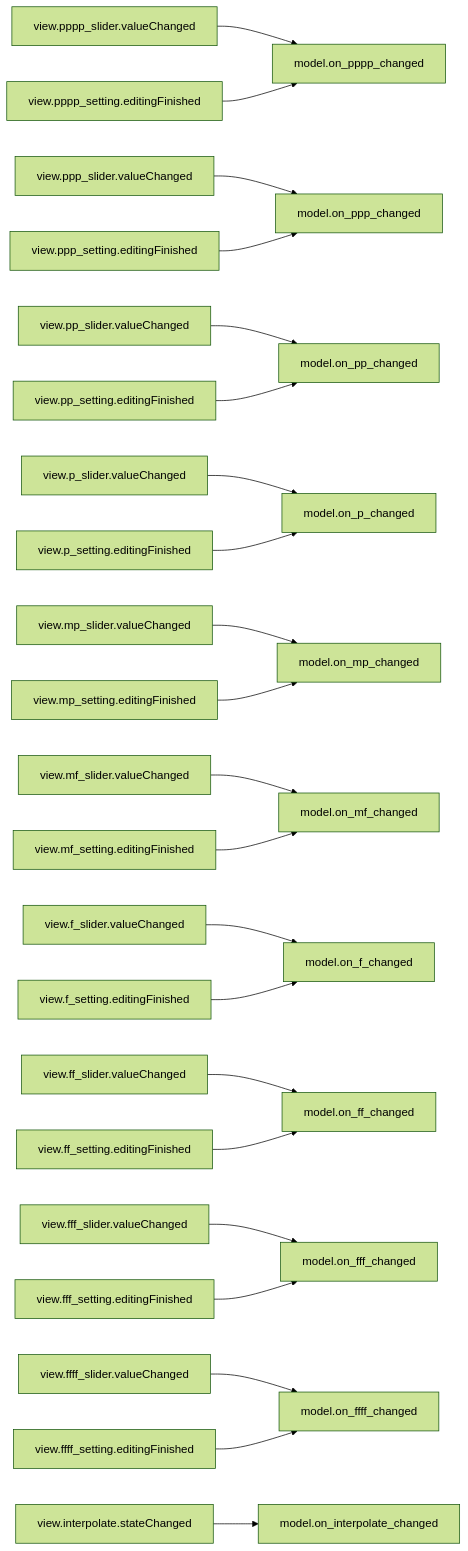
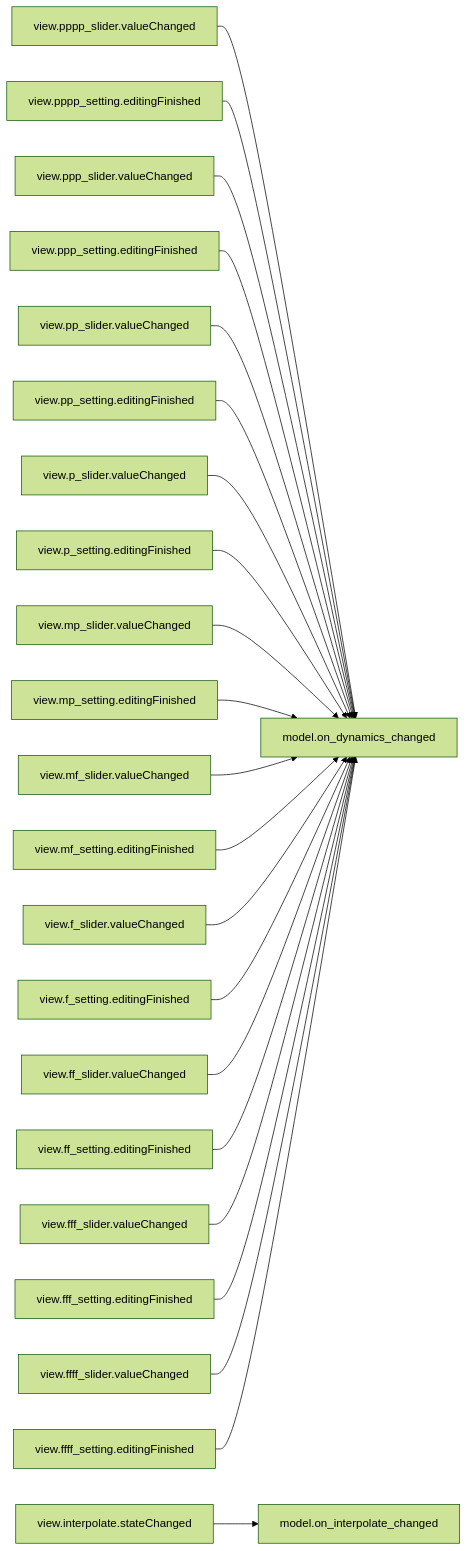
Before and after one commit to com-posers-pit/smw_music: the fourth of 8 diagrams in doc/source/dashboard_signal_slot_map.rst, drawn with Mermaid (forest theme). The commit also changed other lines of this file and 3 other files, not shown here.

```diff
--- a/doc/source/dashboard_signal_slot_map.rst
+++ b/doc/source/dashboard_signal_slot_map.rst
@@ -70,24 +70,24 @@
 .. mermaid::
 
    flowchart LR
-      view.pppp_slider.valueChanged --> model.on_pppp_changed
-      view.pppp_setting.editingFinished --> model.on_pppp_changed
-      view.ppp_slider.valueChanged --> model.on_ppp_changed
-      view.ppp_setting.editingFinished --> model.on_ppp_changed
-      view.pp_slider.valueChanged --> model.on_pp_changed
-      view.pp_setting.editingFinished --> model.on_pp_changed
-      view.p_slider.valueChanged --> model.on_p_changed
-      view.p_setting.editingFinished --> model.on_p_changed
-      view.mp_slider.valueChanged --> model.on_mp_changed
-      view.mp_setting.editingFinished --> model.on_mp_changed
-      view.mf_slider.valueChanged --> model.on_mf_changed
-      view.mf_setting.editingFinished --> model.on_mf_changed
-      view.f_slider.valueChanged --> model.on_f_changed
-      view.f_setting.editingFinished --> model.on_f_changed
-      view.ff_slider.valueChanged --> model.on_ff_changed
-      view.ff_setting.editingFinished --> model.on_ff_changed
-      view.fff_slider.valueChanged --> model.on_fff_changed
-      view.fff_setting.editingFinished --> model.on_fff_changed
-      view.ffff_slider.valueChanged --> model.on_ffff_changed
-      view.ffff_setting.editingFinished --> model.on_ffff_changed
+      view.pppp_slider.valueChanged --> model.on_dynamics_changed
+      view.pppp_setting.editingFinished --> model.on_dynamics_changed
+      view.ppp_slider.valueChanged --> model.on_dynamics_changed
+      view.ppp_setting.editingFinished --> model.on_dynamics_changed
+      view.pp_slider.valueChanged --> model.on_dynamics_changed
+      view.pp_setting.editingFinished --> model.on_dynamics_changed
+      view.p_slider.valueChanged --> model.on_dynamics_changed
+      view.p_setting.editingFinished --> model.on_dynamics_changed
+      view.mp_slider.valueChanged --> model.on_dynamics_changed
+      view.mp_setting.editingFinished --> model.on_dynamics_changed
+      view.mf_slider.valueChanged --> model.on_dynamics_changed
+      view.mf_setting.editingFinished --> model.on_dynamics_changed
+      view.f_slider.valueChanged --> model.on_dynamics_changed
+      view.f_setting.editingFinished --> model.on_dynamics_changed
+      view.ff_slider.valueChanged --> model.on_dynamics_changed
+      view.ff_setting.editingFinished --> model.on_dynamics_changed
+      view.fff_slider.valueChanged --> model.on_dynamics_changed
+      view.fff_setting.editingFinished --> model.on_dynamics_changed
+      view.ffff_slider.valueChanged --> model.on_dynamics_changed
+      view.ffff_setting.editingFinished --> model.on_dynamics_changed
       A["view.interpolate.stateChanged"] --> model.on_interpolate_changed
```
